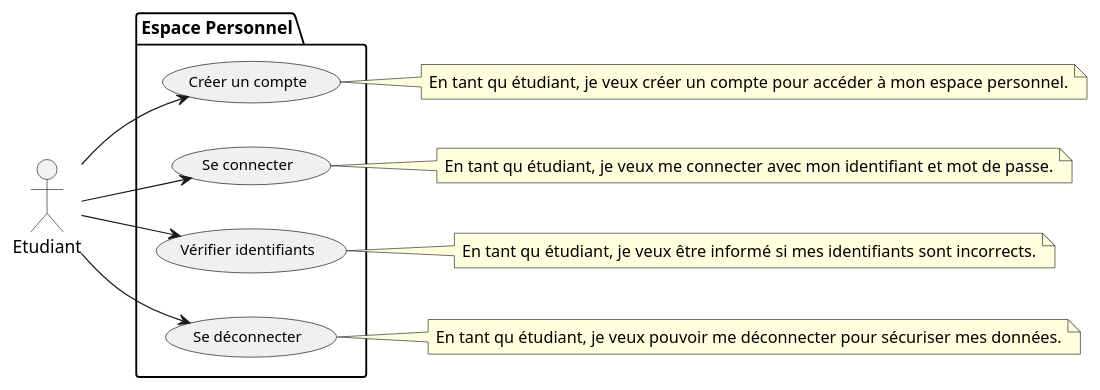
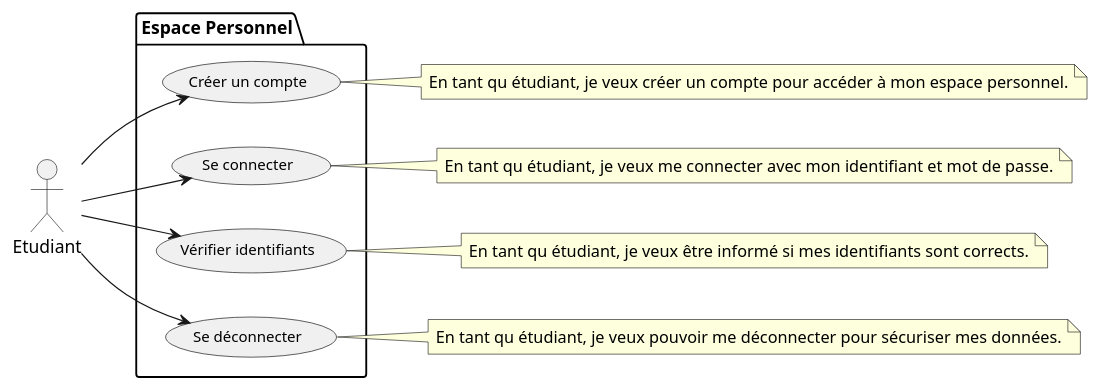
The diagram in Exercice 1/UserStories.puml (ValentinM-dev/UseCaseExo), drawn with PlantUML before and after one commit. The commit also changed 1 other file, not shown here.

```diff
--- a/Exercice 1/UserStories.puml
+++ b/Exercice 1/UserStories.puml
@@ -1,37 +1,37 @@
 @startuml exercice1
 
 left to right direction
 
 actor Etudiant as E
 
 skinparam Usecase {
     BackgroundColor #F0F0F0
     BorderColor #000000
     FontSize 12
 }
 
 package "Espace Personnel" {
     usecase "Créer un compte" as UC1
     usecase "Se connecter" as UC2
     usecase "Vérifier identifiants" as UC3
     usecase "Se déconnecter" as UC4
 }
 
 E --> UC1
 E --> UC2
 E --> UC3
 E --> UC4
 
 note right of UC1
     En tant qu étudiant, je veux créer un compte pour accéder à mon espace personnel.
 end note
 note right of UC2
     En tant qu étudiant, je veux me connecter avec mon identifiant et mot de passe.
 end note
 note right of UC3
-    En tant qu étudiant, je veux être informé si mes identifiants sont incorrects.
+    En tant qu étudiant, je veux être informé si mes identifiants sont corrects.
 end note
 note right of UC4
     En tant qu étudiant, je veux pouvoir me déconnecter pour sécuriser mes données.
 end note
 @enduml
```
